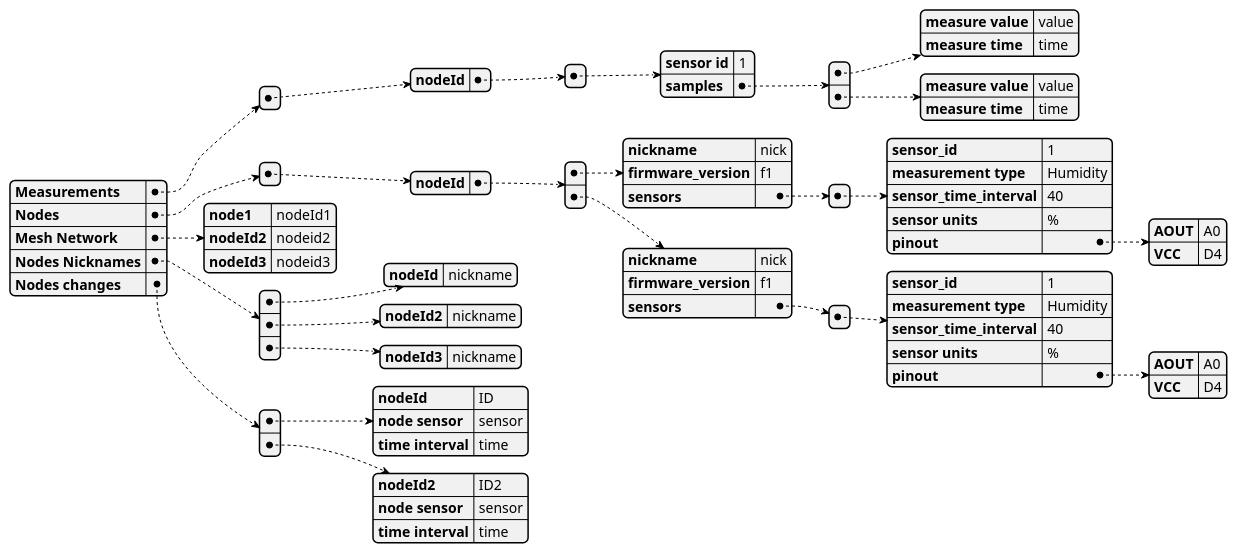
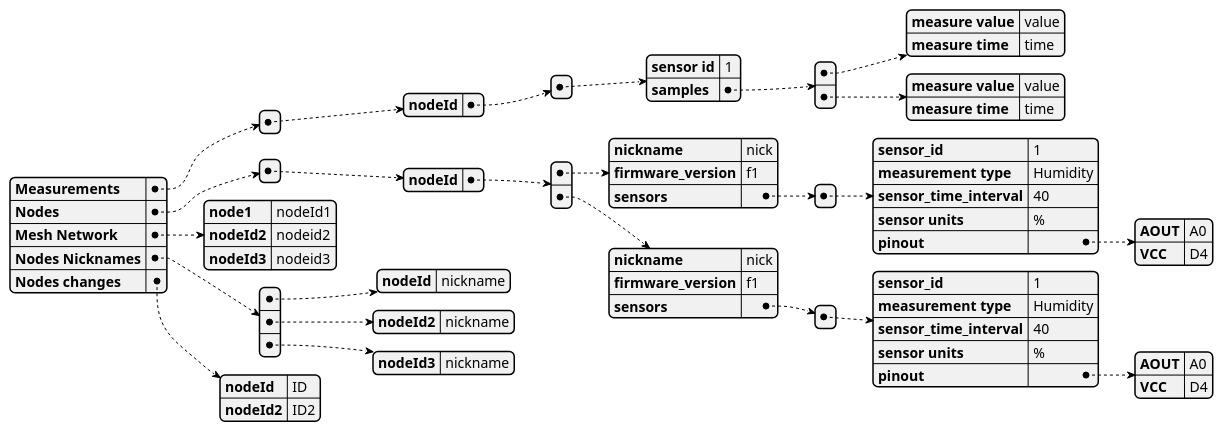
Before and after one commit to m-schwob/MeshGarden: the diagram in docs/uml/data_structure copy.puml, drawn with PlantUML. The commit also changed 1 other file, not shown here.

```diff
--- a/docs/uml/data_structure copy.puml
+++ b/docs/uml/data_structure copy.puml
@@ -1,91 +1,83 @@
 @startjson
 
 {   
     "Measurements": [
     {      
         "nodeId":[
         {
         "sensor id": "1" ,   
         "samples": [
         {
             "measure value": "value",
             "measure time": "time"
         },
         {
             "measure value": "value",
             "measure time": "time"
         }
         ]
         }
         ]
     }
     ],
     "Nodes": [
     {    
         "nodeId":[
         {
             "nickname": "nick",
             "firmware_version" : "f1",  
             "sensors" : [
                 {
                     "sensor_id": "1",
                     "measurement type": "Humidity",
                     "sensor_time_interval": "40",
                     "sensor units": "%",
                     "pinout": {
                         "AOUT": "A0",
                         "VCC": "D4"
                     }
                 }
                 ] 
         },
                 {
             "nickname": "nick",
             "firmware_version" : "f1",  
             "sensors" : [
                 {
                     "sensor_id": "1",
                     "measurement type": "Humidity",
                     "sensor_time_interval": "40",
                     "sensor units": "%",
                     "pinout": {
                         "AOUT": "A0",
                         "VCC": "D4"
                     }
                 }
                 ] 
         }
         ]
     }
     ],
     "Mesh Network": {
         "node1": "nodeId1",
         "nodeId2": "nodeid2",
         "nodeId3": "nodeid3"
     },
     "Nodes Nicknames": [
         {
             "nodeId": "nickname"
         },
         {
             "nodeId2": "nickname"
         },
         {
             "nodeId3": "nickname"
         }
     ],
-    "Nodes changes": [
-        {
+    "Nodes changes": {
             "nodeId": "ID",
-            "node sensor": "sensor",
-            "time interval": "time"
-        },
-        {
-            "nodeId2": "ID2",
-            "node sensor": "sensor",
-            "time interval": "time"
-        }
-    ]
+            "nodeId2": "ID2"
+    }
 }
 
 @endjson
```
